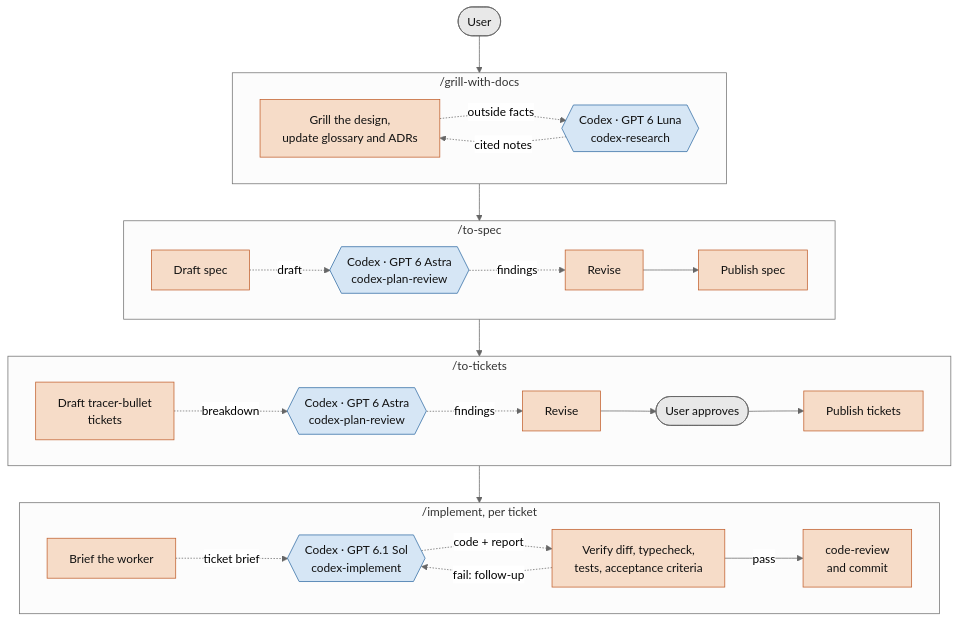
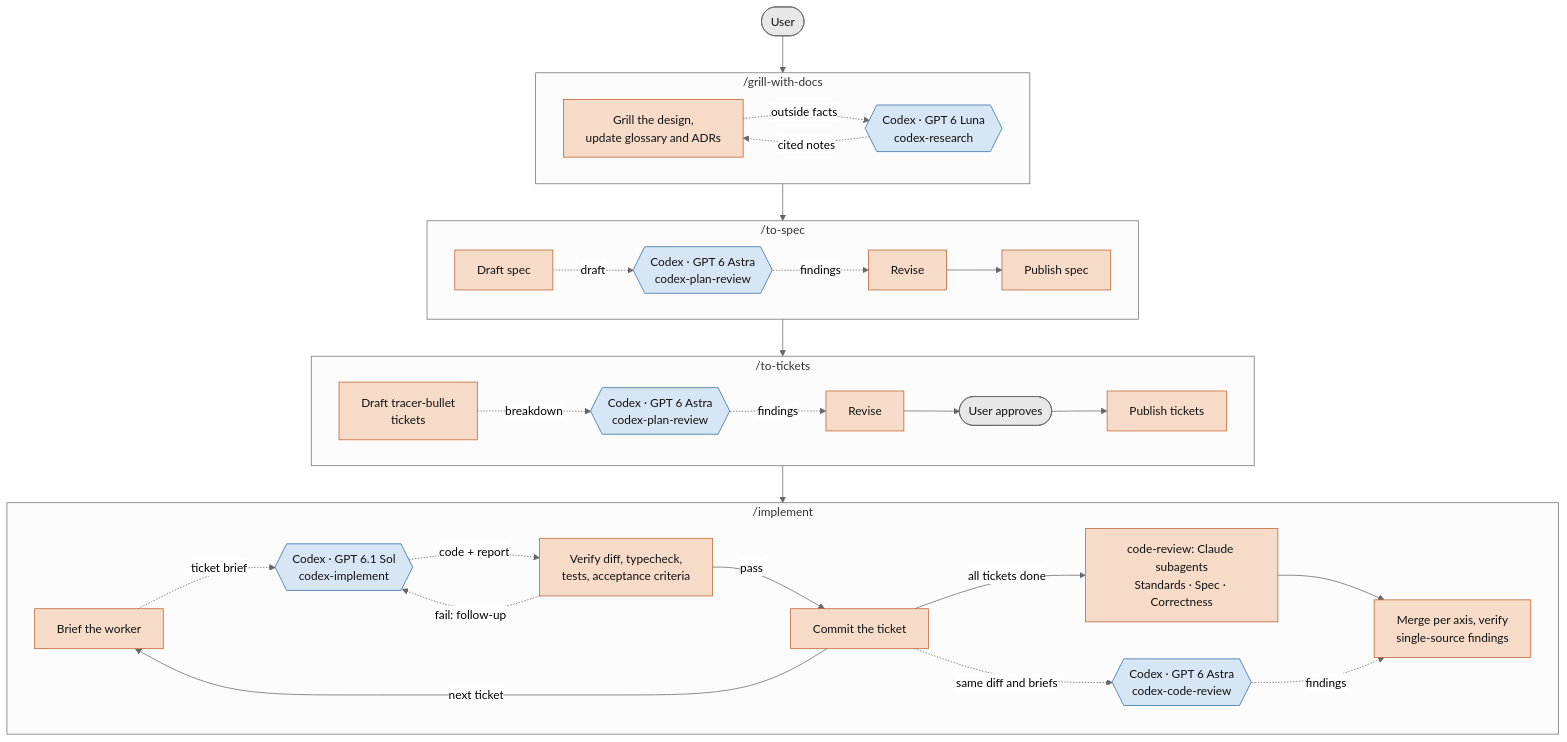
The diagram in README.md (starpia-forge/codex-delegate), drawn with Mermaid (neutral theme) before and after one commit. The commit also changed other lines of this file and 16 other files, not shown here.

First line of the commit message:
feat: review code with Claude and Codex independently on three axes

````diff
--- a/README.md
+++ b/README.md
@@ -82,57 +84,65 @@
 ```mermaid
 flowchart TD
     subgraph grill["/grill-with-docs"]
         direction LR
         G1["Grill the design,<br/>update glossary and ADRs"]
         Luna{{"Codex · GPT 6 Luna<br/>codex-research"}}
         G1 -. "outside facts" .-> Luna
         Luna -. "cited notes" .-> G1
     end
 
     subgraph spec["/to-spec"]
         direction LR
         P1["Draft spec"]
         A1{{"Codex · GPT 6 Astra<br/>codex-plan-review"}}
         P2["Revise"]
         P3["Publish spec"]
         P1 -. "draft" .-> A1
         A1 -. "findings" .-> P2
         P2 --> P3
     end
 
     subgraph tickets["/to-tickets"]
         direction LR
         T1["Draft tracer-bullet<br/>tickets"]
         A2{{"Codex · GPT 6 Astra<br/>codex-plan-review"}}
         T2["Revise"]
         T3(["User approves"])
         T4["Publish tickets"]
         T1 -. "breakdown" .-> A2
         A2 -. "findings" .-> T2
         T2 --> T3 --> T4
     end
 
-    subgraph impl["/implement, per ticket"]
+    subgraph impl["/implement"]
         direction LR
         I1["Brief the worker"]
         Sol{{"Codex · GPT 6.1 Sol<br/>codex-implement"}}
         I2["Verify diff, typecheck,<br/>tests, acceptance criteria"]
-        I3["code-review<br/>and commit"]
+        I3["Commit the ticket"]
+        R1["code-review: Claude subagents<br/>Standards · Spec · Correctness"]
+        A3{{"Codex · GPT 6 Astra<br/>codex-code-review"}}
+        R2["Merge per axis, verify<br/>single-source findings"]
         I1 -. "ticket brief" .-> Sol
         Sol -. "code + report" .-> I2
         I2 -- "pass" --> I3
         I2 -. "fail: follow-up" .-> Sol
+        I3 -- "next ticket" --> I1
+        I3 -- "all tickets done" --> R1
+        I3 -. "same diff and briefs" .-> A3
+        R1 --> R2
+        A3 -. "findings" .-> R2
     end
 
     U(["User"]) --> grill
     grill --> spec
     spec --> tickets
     tickets --> impl
 
     classDef user fill:#e8e8e8,stroke:#666,color:#111
     classDef claude fill:#f6dcc8,stroke:#c15f2c,color:#111
     classDef codex fill:#d6e6f5,stroke:#2f6aa3,color:#111
     class U,T3 user
-    class G1,P1,P2,P3,T1,T2,T4,I1,I2,I3 claude
-    class Luna,A1,A2,Sol codex
+    class G1,P1,P2,P3,T1,T2,T4,I1,I2,I3,R1,R2 claude
+    class Luna,A1,A2,A3,Sol codex
 ```
````
